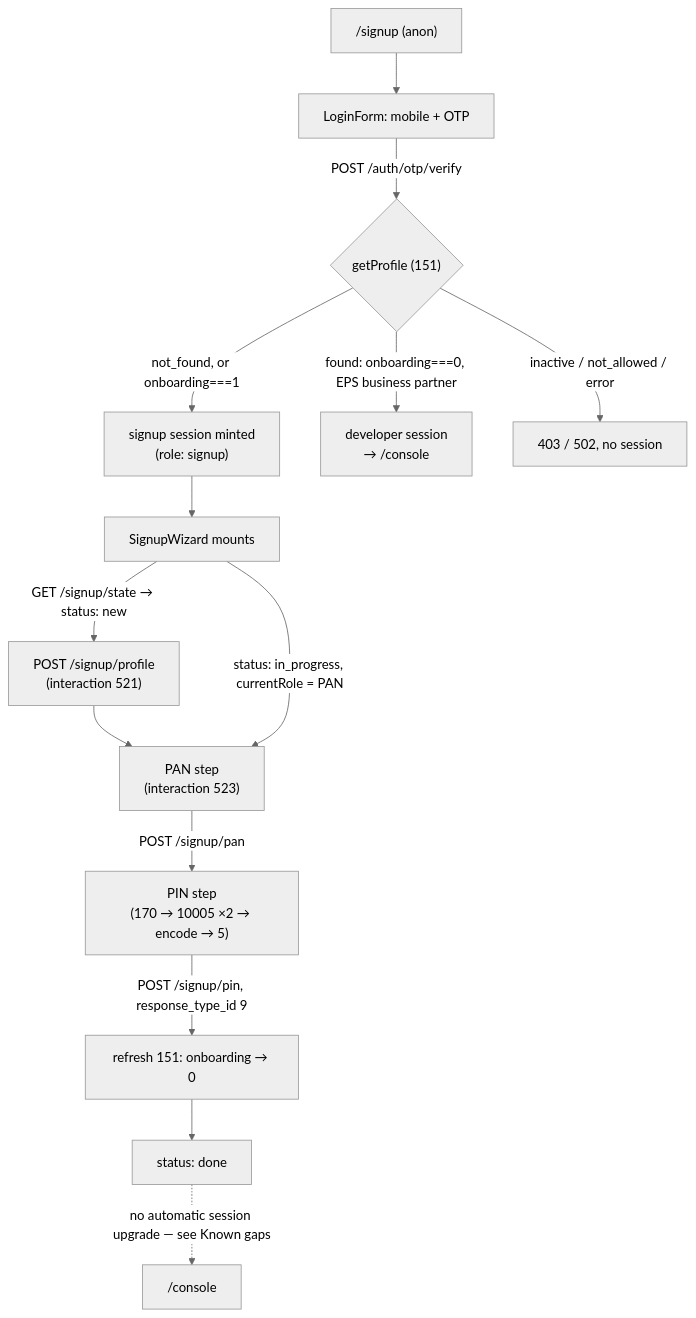
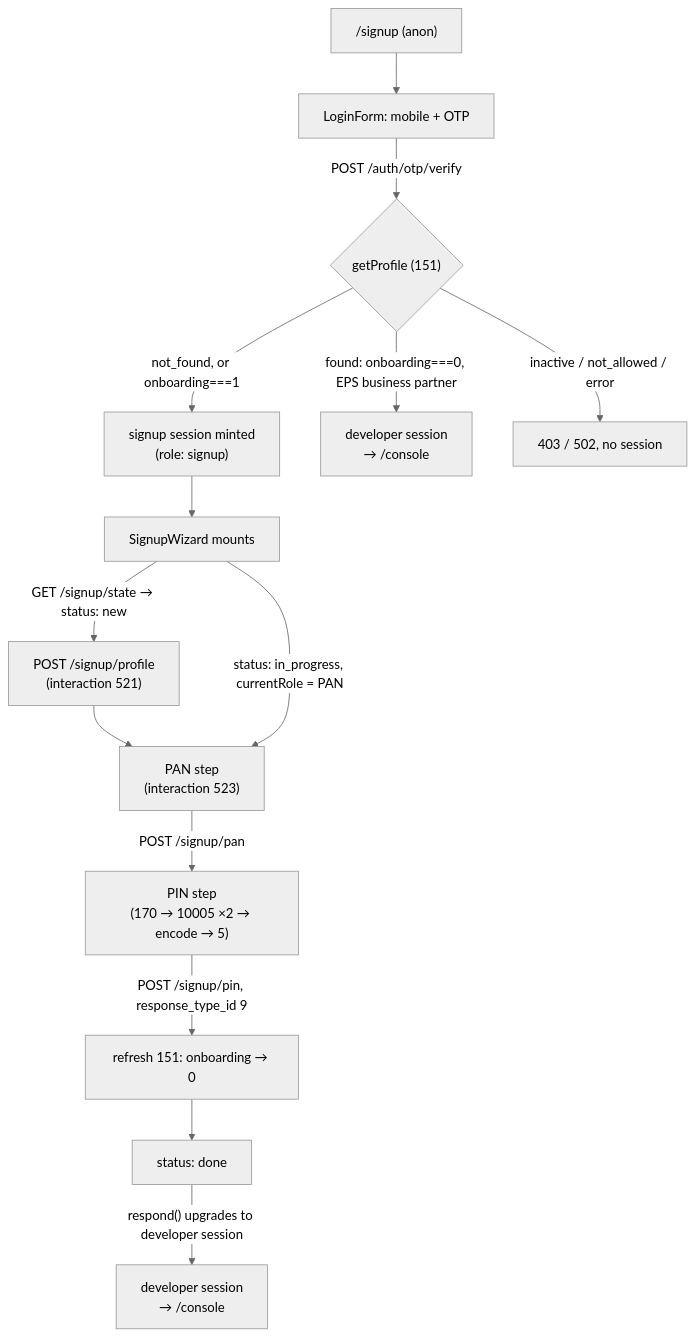
The diagram in docs/features/user-onboarding.md (ekoindia/eps-platform), drawn with Mermaid (neutral theme) before and after one commit. The commit also changed other lines of this file, not shown here.

First line of the commit message:
docs(onboarding): remove stale session-upgrade gap, document implementation

````diff
--- a/docs/features/user-onboarding.md
+++ b/docs/features/user-onboarding.md
@@ -14,17 +14,17 @@
 ```mermaid
 flowchart TD
     A["/signup (anon)"] --> B["LoginForm: mobile + OTP"]
     B -->|"POST /auth/otp/verify"| C{"getProfile (151)"}
     C -->|"not_found, or onboarding===1"| D["signup session minted\n(role: signup)"]
     C -->|"found: onboarding===0, EPS business partner"| Z["developer session\n→ /console"]
     C -->|inactive / not_allowed / error| X["403 / 502, no session"]
 
     D --> E["SignupWizard mounts"]
     E -->|"GET /signup/state → status: new"| F["POST /signup/profile\n(interaction 521)"]
     F --> G
     E -->|"status: in_progress, currentRole = PAN"| G["PAN step\n(interaction 523)"]
     G -->|"POST /signup/pan"| H["PIN step\n(170 → 10005 ×2 → encode → 5)"]
     H -->|"POST /signup/pin, response_type_id 9"| I["refresh 151: onboarding → 0"]
     I --> J["status: done"]
-    J -.->|"no automatic session upgrade — see Known gaps"| K["/console"]
+    J -->|"respond() upgrades to developer session"| K["developer session\n→ /console"]
 ```
````
